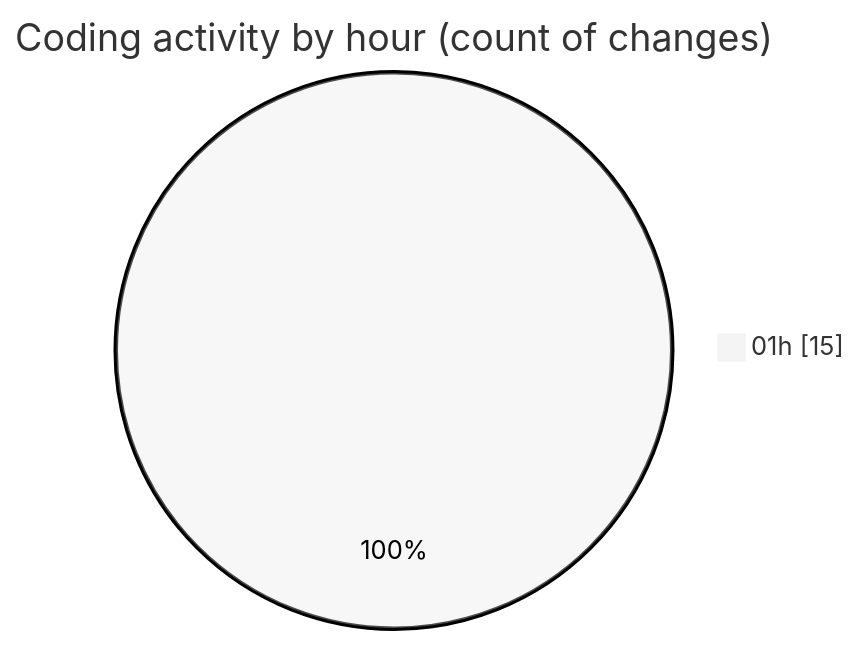
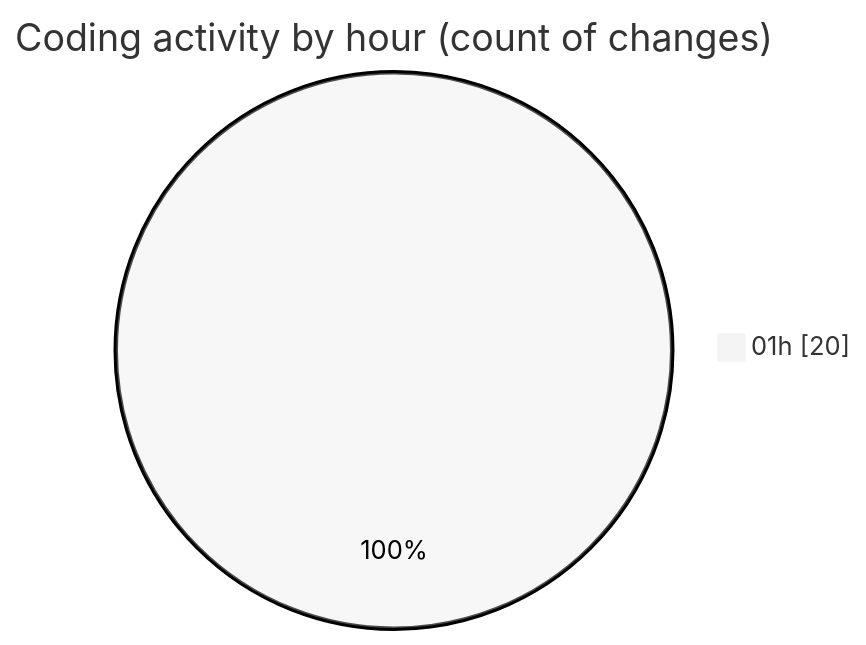
One commit to ernivani/code-tracking changed the second of 2 diagrams in 2025-01-02/ai/README.md. Above: the diagram before and after it, drawn with Mermaid (neutral theme). The commit also changed other lines of this file and 1 other file, not shown here.

````diff
--- a/2025-01-02/ai/README.md
+++ b/2025-01-02/ai/README.md
@@ -29,5 +29,5 @@
 ```mermaid
 pie showData
 title Coding activity by hour (count of changes)
-"01h" : 15
+"01h" : 20
 ```
````
